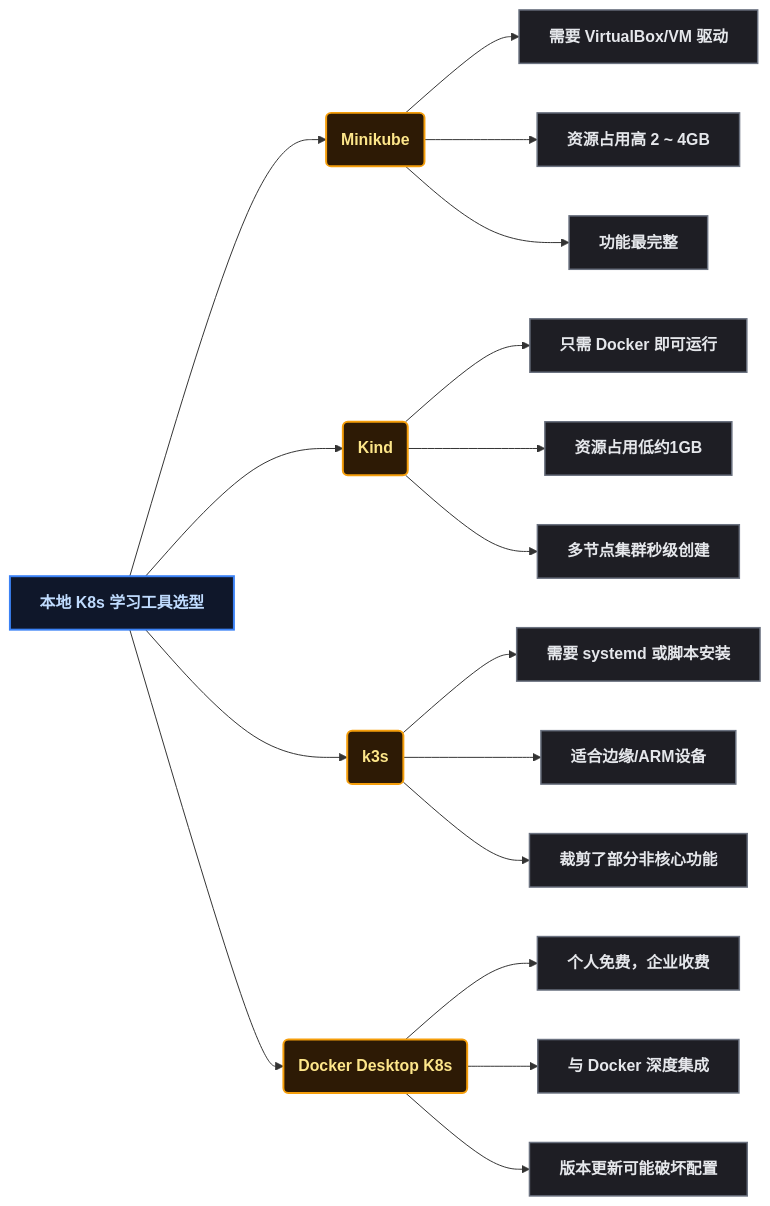
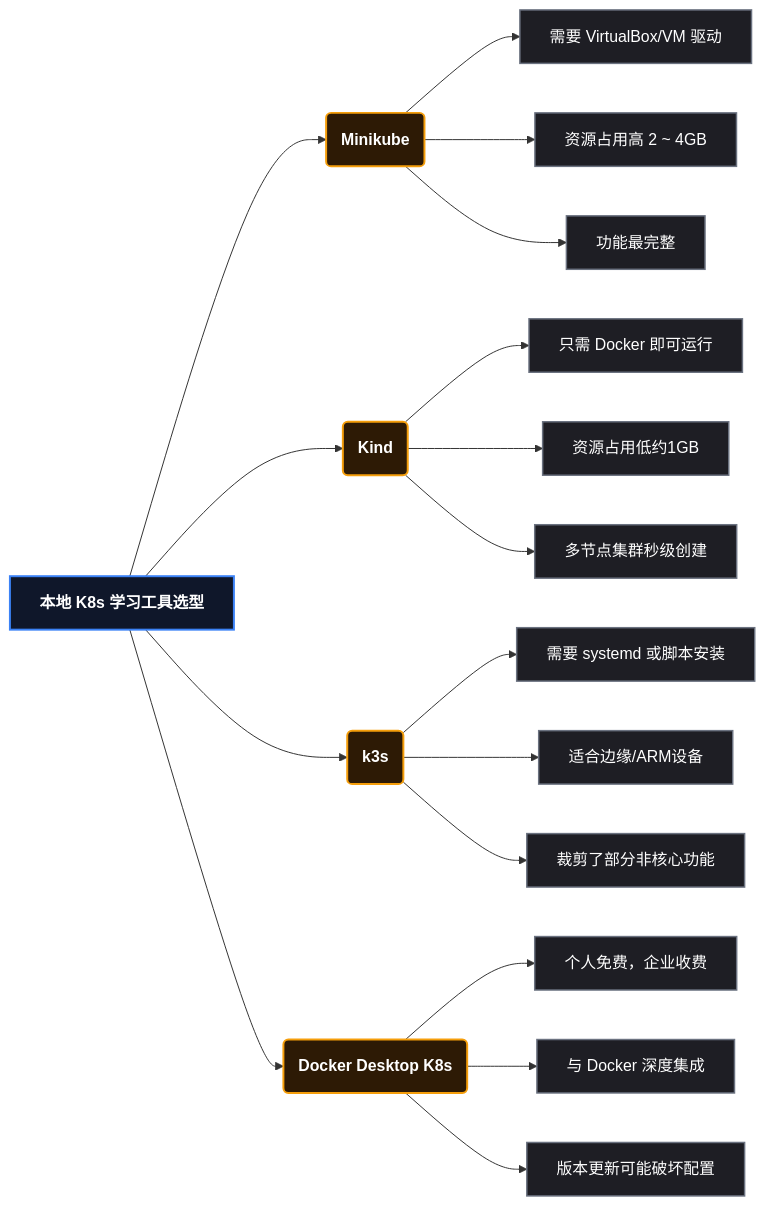
Before and after one commit to yaocat55/yaocat55.github.io: the first of 12 diagrams in content/posts/kubernetes/KindWslMigration.md, drawn with Mermaid. The commit also changed other lines of this file and 27 other files, not shown here.

Commit message:
docs: 全系列 93 张 Mermaid 图 classDef 改为 style 强制深底白字(修复部分渲染器白底浅字)+历史文件格式清理

````diff
--- a/content/posts/kubernetes/KindWslMigration.md
+++ b/content/posts/kubernetes/KindWslMigration.md
@@ -66,35 +66,45 @@
 ```mermaid
 flowchart LR
     %% ==========================================
     %% 样式定义
     %% ==========================================
-classDef root fill:#0f172a,stroke:#3b82f6,stroke-width:2px,color:#bfdbfe,font-weight:bold;
-classDef branch fill:#2d1a05,stroke:#f59e0b,stroke-width:2px,color:#fde68a,font-weight:bold;
-classDef leaf fill:#1e1e24,stroke:#6b7280,stroke-width:1.5px,color:#e5e7eb;
 
     ROOT[本地 K8s 学习工具选型]
 
     ROOT --> B1(Minikube)
     B1 --> B1A["需要 VirtualBox/VM 驱动"]
     B1 --> B1B["资源占用高 2 ~ 4GB"]
     B1 --> B1C["功能最完整"]
 
     ROOT --> B2(Kind)
     B2 --> B2A["只需 Docker 即可运行"]
     B2 --> B2B["资源占用低约1GB"]
     B2 --> B2C["多节点集群秒级创建"]
 
     ROOT --> B3(k3s)
     B3 --> B3A["需要 systemd 或脚本安装"]
     B3 --> B3B["适合边缘/ARM设备"]
     B3 --> B3C["裁剪了部分非核心功能"]
 
     ROOT --> B4(Docker Desktop K8s)
     B4 --> B4A["个人免费，企业收费"]
     B4 --> B4B["与 Docker 深度集成"]
     B4 --> B4C["版本更新可能破坏配置"]
-
-    class ROOT root;
-    class B1,B2,B3,B4 branch;
-    class B1A,B1B,B1C,B2A,B2B,B2C,B3A,B3B,B3C,B4A,B4B,B4C leaf;
+    style ROOT fill:#0f172a,stroke:#3b82f6,stroke-width:2px,color:#ffffff,font-weight:bold
+    style B1 fill:#2d1a05,stroke:#f59e0b,stroke-width:2px,color:#ffffff,font-weight:bold
+    style B2 fill:#2d1a05,stroke:#f59e0b,stroke-width:2px,color:#ffffff,font-weight:bold
+    style B3 fill:#2d1a05,stroke:#f59e0b,stroke-width:2px,color:#ffffff,font-weight:bold
+    style B4 fill:#2d1a05,stroke:#f59e0b,stroke-width:2px,color:#ffffff,font-weight:bold
+    style B1A fill:#1e1e24,stroke:#6b7280,stroke-width:1.5px,color:#ffffff
+    style B1B fill:#1e1e24,stroke:#6b7280,stroke-width:1.5px,color:#ffffff
+    style B1C fill:#1e1e24,stroke:#6b7280,stroke-width:1.5px,color:#ffffff
+    style B2A fill:#1e1e24,stroke:#6b7280,stroke-width:1.5px,color:#ffffff
+    style B2B fill:#1e1e24,stroke:#6b7280,stroke-width:1.5px,color:#ffffff
+    style B2C fill:#1e1e24,stroke:#6b7280,stroke-width:1.5px,color:#ffffff
+    style B3A fill:#1e1e24,stroke:#6b7280,stroke-width:1.5px,color:#ffffff
+    style B3B fill:#1e1e24,stroke:#6b7280,stroke-width:1.5px,color:#ffffff
+    style B3C fill:#1e1e24,stroke:#6b7280,stroke-width:1.5px,color:#ffffff
+    style B4A fill:#1e1e24,stroke:#6b7280,stroke-width:1.5px,color:#ffffff
+    style B4B fill:#1e1e24,stroke:#6b7280,stroke-width:1.5px,color:#ffffff
+    style B4C fill:#1e1e24,stroke:#6b7280,stroke-width:1.5px,color:#ffffff
 ```
````
